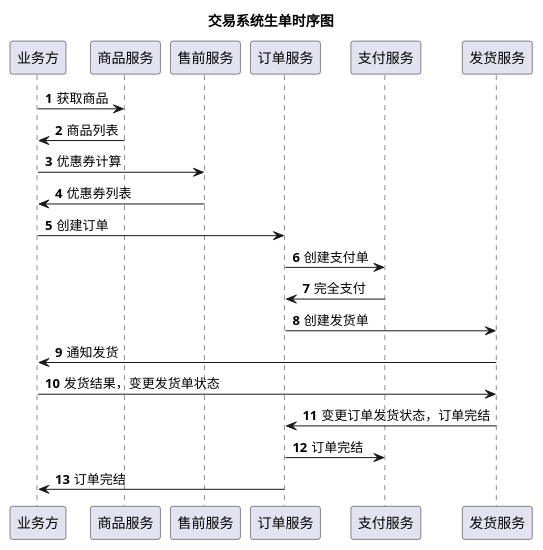
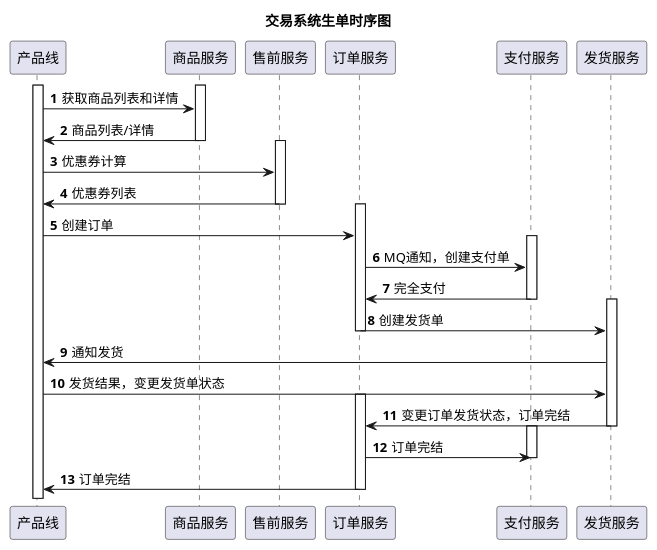
Before and after one commit to rameosu/uml: the diagram in sequence/交易系统时序图.puml, drawn with PlantUML.

Commit message:
feat: 时序图细节优化

```diff
--- a/sequence/交易系统时序图.puml
+++ b/sequence/交易系统时序图.puml
@@ -1,17 +1,40 @@
 @startuml
 title 交易系统生单时序图
+
+participant "产品线" as B
+participant "商品服务" as G
+participant "售前服务" as Q
+participant "订单服务" as O
+participant "支付服务" as P
+participant "发货服务" as L
+
 autonumber
-业务方 -> 商品服务: 获取商品
-商品服务 -> 业务方: 商品列表
-业务方 -> 售前服务: 优惠券计算
-售前服务 -> 业务方: 优惠券列表
-业务方 -> 订单服务: 创建订单
-订单服务 -> 支付服务: 创建支付单
-支付服务 -> 订单服务: 完全支付
-订单服务 -> 发货服务: 创建发货单
-发货服务 -> 业务方: 通知发货
-业务方 -> 发货服务: 发货结果，变更发货单状态
-发货服务 -> 订单服务: 变更订单发货状态，订单完结
-订单服务 -> 支付服务: 订单完结
-订单服务 -> 业务方: 订单完结
+activate B
+activate G
+B -> G: 获取商品列表和详情
+G -> B: 商品列表/详情
+deactivate G
+activate Q
+B -> Q: 优惠券计算
+Q -> B: 优惠券列表
+deactivate Q
+activate O
+B -> O: 创建订单
+activate P
+O -> P: MQ通知，创建支付单
+P -> O: 完全支付
+deactivate P
+activate L
+O -> L: 创建发货单
+deactivate O
+L -> B: 通知发货
+B -> L: 发货结果，变更发货单状态
+activate O
+L -> O: 变更订单发货状态，订单完结
+deactivate L
+activate P
+O -> P: 订单完结
+deactivate P
+O -> B: 订单完结
+deactivate O
 @enduml
```
